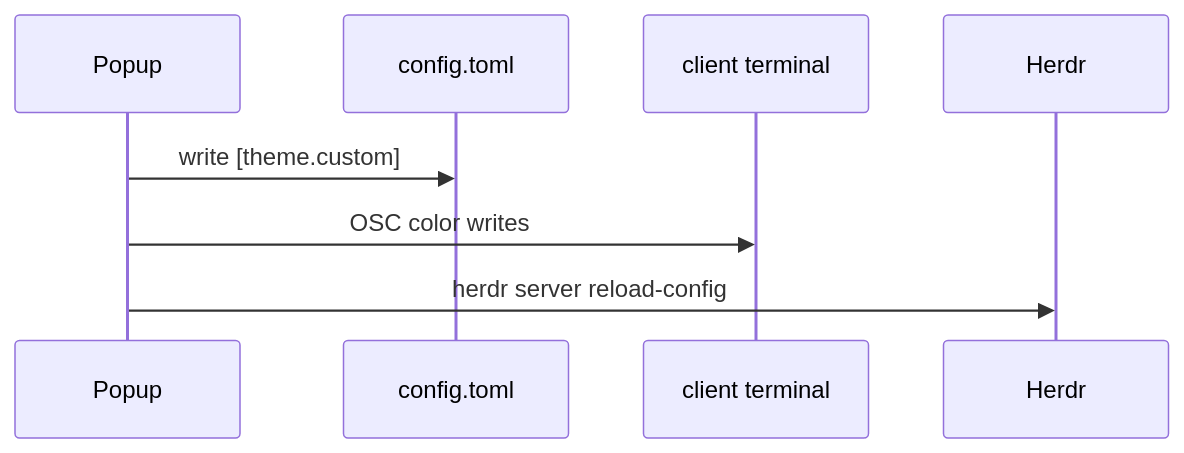
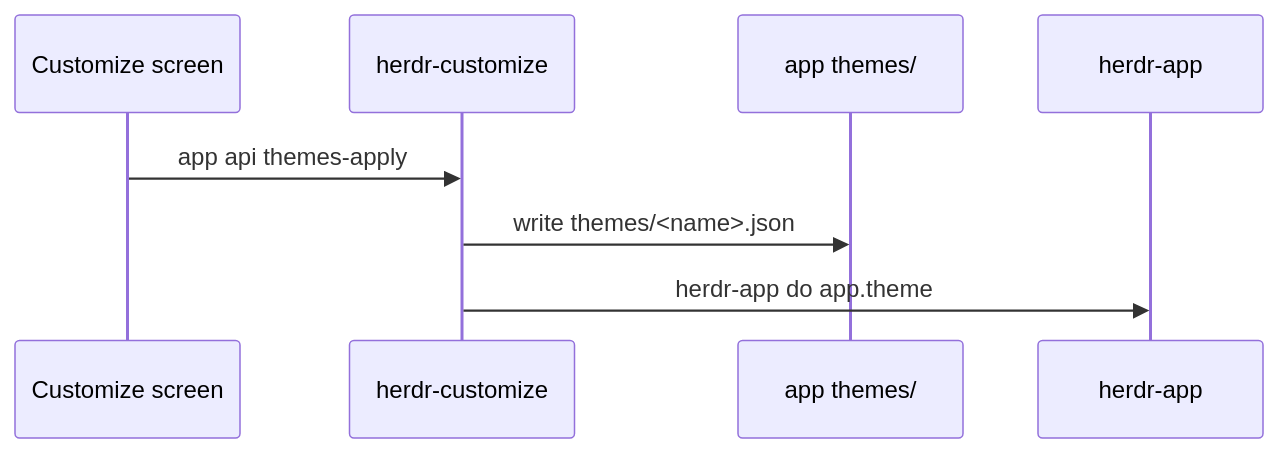
The diagram in .claude/skills/pr/SKILL.md (wapenshaw/herdr-customize), drawn with Mermaid before and after one commit. The commit also changed other lines of this file and 26 other files, not shown here.

First line of the commit message:
docs: describe herdr-customize as the herdr app's customize screen

````diff
--- a/.claude/skills/pr/SKILL.md
+++ b/.claude/skills/pr/SKILL.md
@@ -68,10 +67,10 @@
 ```mermaid
 sequenceDiagram
-    participant Popup
-    participant Config as config.toml
-    participant Terminal as client terminal
-    participant Herdr
-    Popup->>Config: write [theme.custom]
-    Popup->>Terminal: OSC color writes
-    Popup->>Herdr: herdr server reload-config
+    participant Screen as Customize screen
+    participant Program as herdr-customize
+    participant Themes as app themes/
+    participant App as herdr-app
+    Screen->>Program: app api themes-apply
+    Program->>Themes: write themes/<name>.json
+    Program->>App: herdr-app do app.theme
 ```
````
